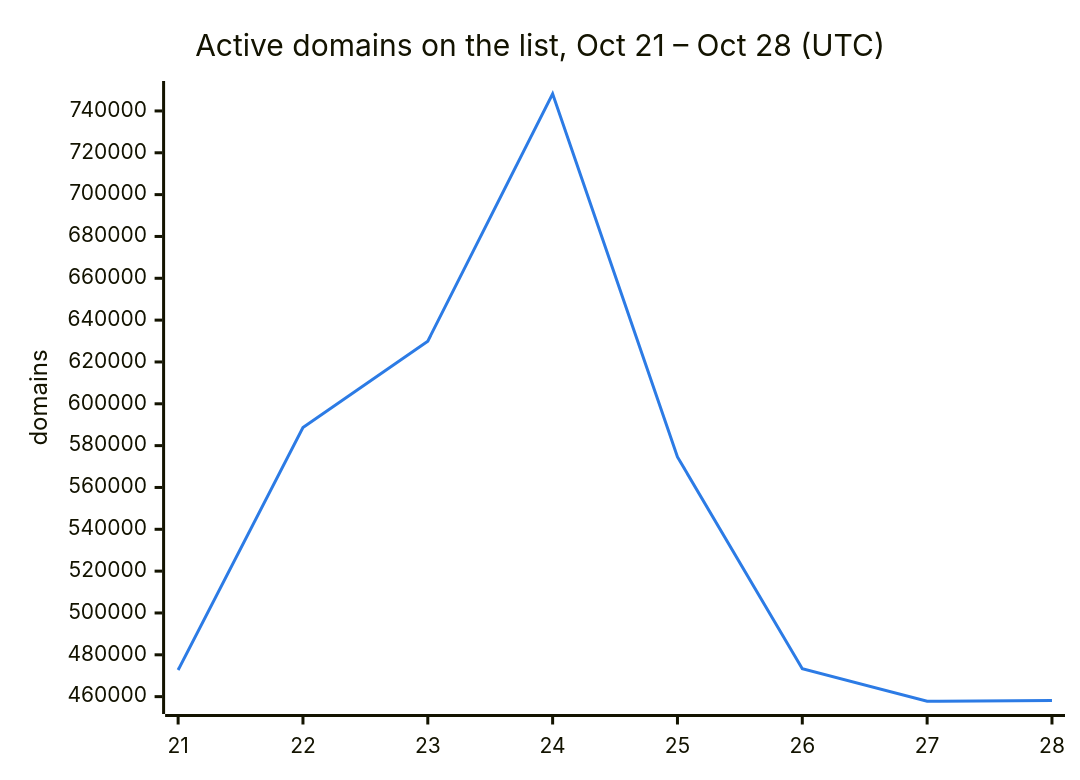
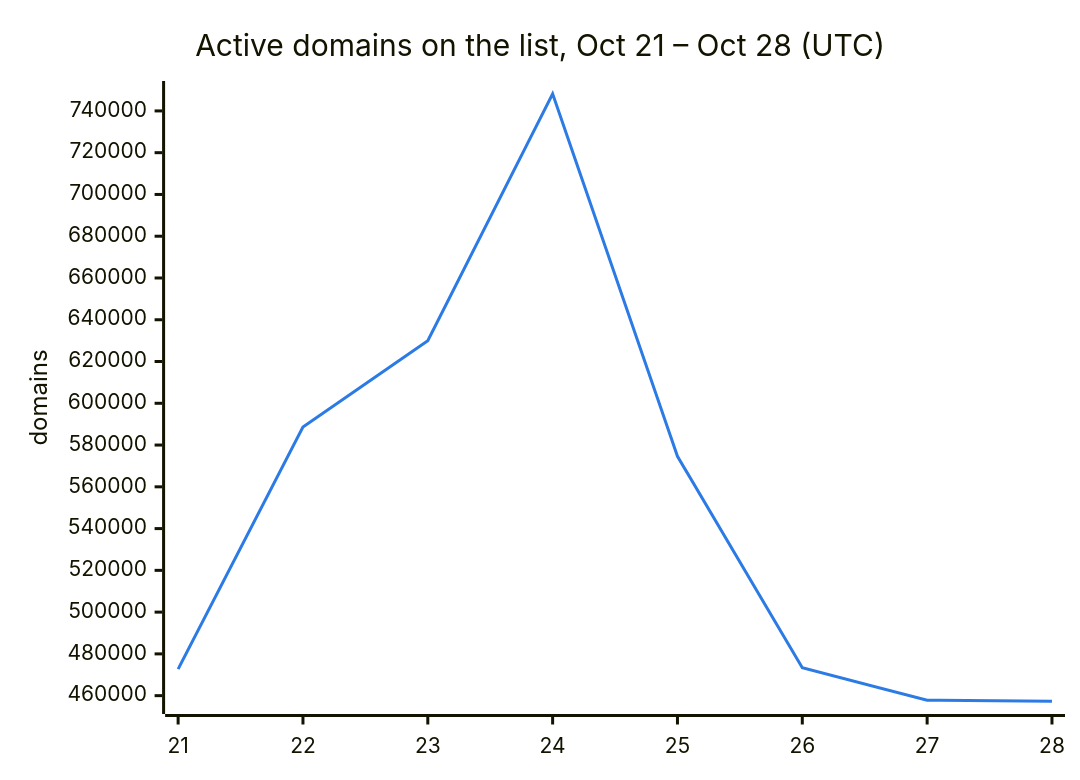
The second of 3 diagrams in README.md (DNSBunker/CTI), drawn with Mermaid before and after one commit. The commit also changed other lines of this file and 3 other files, not shown here.

````diff
--- a/README.md
+++ b/README.md
@@ -38,8 +38,8 @@
 ```mermaid
 %%{init: {"themeVariables": {"xyChart": {"plotColorPalette": "#2c7be5"}}}}%%
 xychart-beta
     title "Active domains on the list, Oct 21 – Oct 28 (UTC)"
     x-axis ["21", "22", "23", "24", "25", "26", "27", "28"]
     y-axis "domains"
-    line [472713, 588659, 629951, 748222, 574614, 473331, 457795, 458101]
+    line [472713, 588659, 629951, 748222, 574614, 473331, 457795, 457321]
 ```
````
